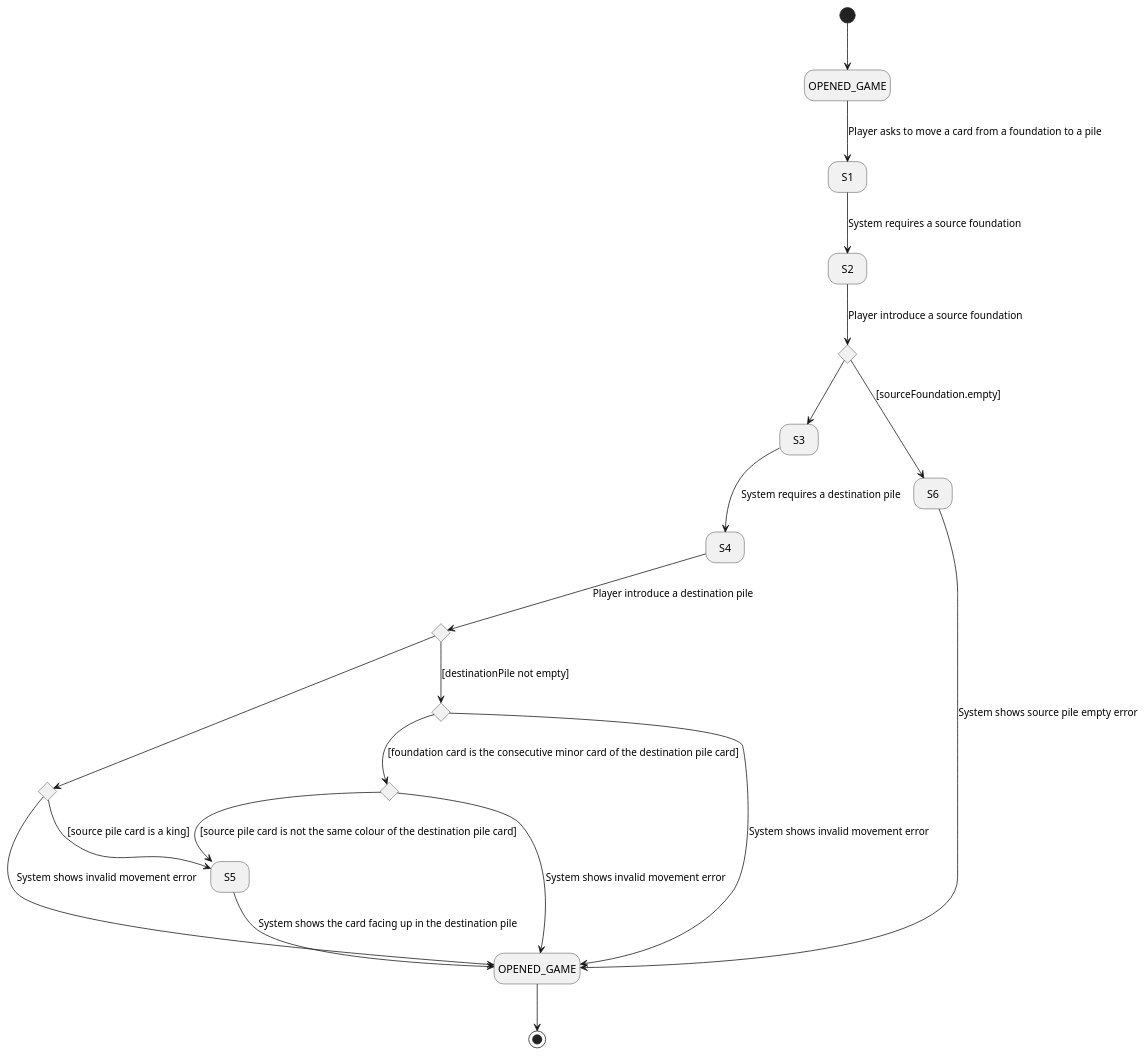
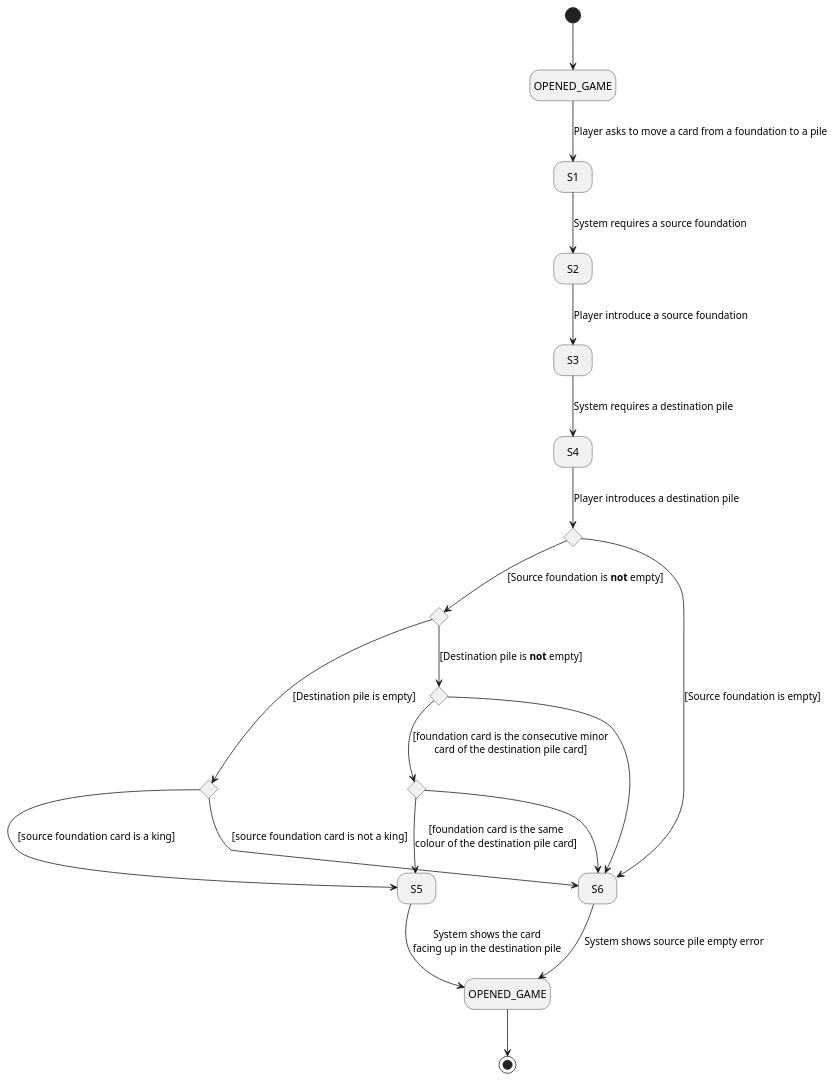
Before and after one commit to ciscoruiz/klondike: the diagram in useCaseView/MoveFoundationToPile.puml, drawn with PlantUML. The commit also changed 1 other file, not shown here.

Commit message:
Balance the use case MoveFoundationToPile with its interface

```diff
--- a/useCaseView/MoveFoundationToPile.puml
+++ b/useCaseView/MoveFoundationToPile.puml
@@ -1,34 +1,41 @@
-@startuml PileToPileUC
+@startuml MoveFoundationToPile
 
 hide empty description
 
 state OPENED_GAME_UP as "OPENED_GAME"
-state emptySourceFoundation <<choice>>
-state emptyDestinationPile <<choice>>
+state checkSourceFoundation <<choice>>
+state checkDestinationPile <<choice>>
 state kingCard <<choice>>
 state consecutiveCards <<choice>>
 state sameSuiteCards <<choice>>
 state OPENED_GAME_DOWN as "OPENED_GAME"
 
 [*] --> OPENED_GAME_UP
 OPENED_GAME_UP --> S1: Player asks to move a card from a foundation to a pile
 S1 --> S2: System requires a source foundation
-S2 --> emptySourceFoundation: Player introduce a source foundation
-emptySourceFoundation --> S3
-emptySourceFoundation --> S6: [sourceFoundation.empty]
-S6 --> OPENED_GAME_DOWN: System shows source pile empty error
-S3 -->  S4: System requires a destination pile
-S4 --> emptyDestinationPile: Player introduce a destination pile
-emptyDestinationPile --> kingCard
-kingCard --> OPENED_GAME_DOWN: System shows invalid movement error
-kingCard --> S5: [source pile card is a king]
-emptyDestinationPile --> consecutiveCards: [destinationPile not empty]
-consecutiveCards --> sameSuiteCards: [foundation card is the consecutive minor card of the destination pile card]
-consecutiveCards --> OPENED_GAME_DOWN: System shows invalid movement error
-sameSuiteCards --> S5: [source pile card is not the same colour of the destination pile card]
-sameSuiteCards --> OPENED_GAME_DOWN: System shows invalid movement error
-S5 --> OPENED_GAME_DOWN: System shows the card facing up in the destination pile
+S2 --> S3: Player introduce a source foundation
+S3 --> S4 : System requires a destination pile
+S4 --> checkSourceFoundation : Player introduces a destination pile
+
+checkSourceFoundation --> S6: [Source foundation is empty]
+S6 -> OPENED_GAME_DOWN: System shows source pile empty error
+
+checkSourceFoundation --> checkDestinationPile : [Source foundation is **not** empty]
+
+checkDestinationPile --> kingCard : [Destination pile is empty]
+
+kingCard -> S5 : [source foundation card is a king]
+kingCard --> S6 : [source foundation card is not a king]
+
+
+checkDestinationPile --> consecutiveCards: [Destination pile is **not** empty]
+consecutiveCards --> sameSuiteCards: [foundation card is the consecutive minor\ncard of the destination pile card]
+consecutiveCards -> S6
+
+sameSuiteCards -down-> S5: [foundation card is the same\ncolour of the destination pile card]
+sameSuiteCards -down-> S6
+S5 --> OPENED_GAME_DOWN: System shows the card\nfacing up in the destination pile
 
 OPENED_GAME_DOWN -->[*]
 
 @enduml
```
